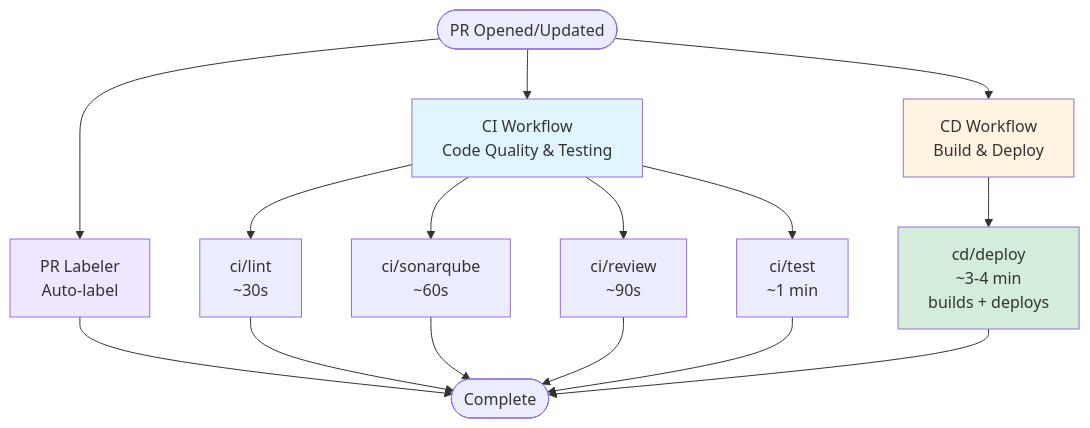
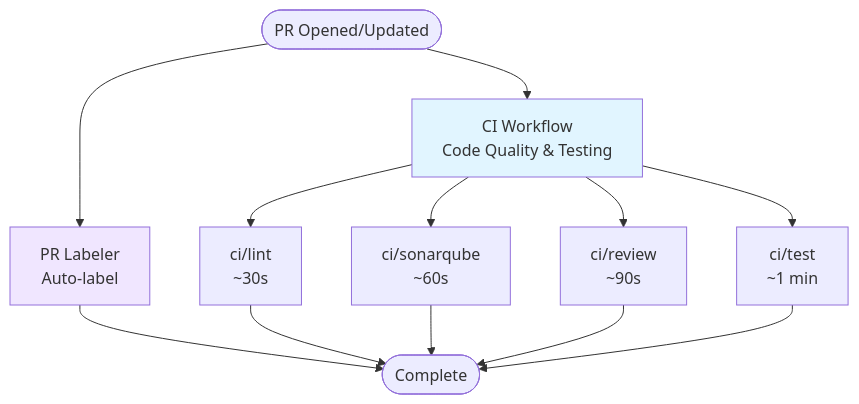
One commit to jalantechnologies/flask-react-template changed the diagram in docs/deployment.md. Above: the diagram before and after it, drawn with Mermaid. The commit also changed other lines of this file and 9 other files, not shown here.

````diff
--- a/docs/deployment.md
+++ b/docs/deployment.md
@@ -136,27 +138,21 @@
 ```mermaid
 graph TB
     Start([PR Opened/Updated])
 
     Start --> CI[CI Workflow<br/>Code Quality & Testing]
-    Start --> CD[CD Workflow<br/>Build & Deploy]
     Start --> Label[PR Labeler<br/>Auto-label]
 
     CI --> Lint[ci/lint<br/>~30s]
     CI --> Sonar[ci/sonarqube<br/>~60s]
     CI --> Review[ci/review<br/>~90s]
     CI --> Test[ci/test<br/>~1 min]
 
-    CD --> Deploy[cd/deploy<br/>~3-4 min<br/>builds + deploys]
-
     Label --> End([Complete])
     Lint --> End
     Sonar --> End
     Review --> End
     Test --> End
-    Deploy --> End
 
     style CI fill:#e1f5ff
-    style CD fill:#fff4e1
-    style Deploy fill:#d4edda
     style Label fill:#f0e6ff
 ```
````
